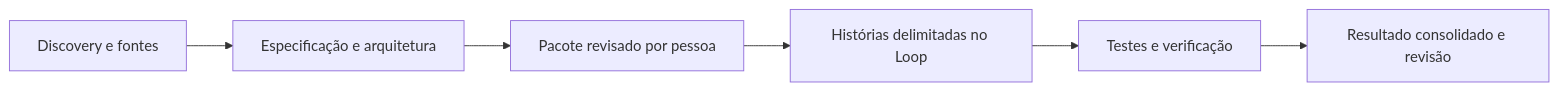
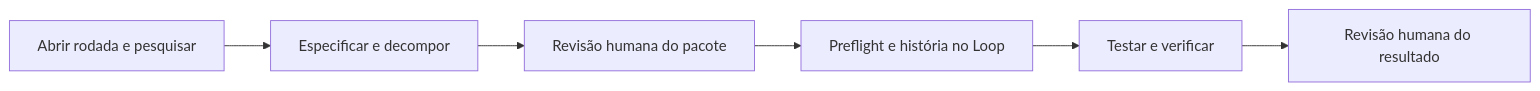
Before and after one commit to DavidFaustino/ssdlc-baseimage-hub: the diagram in docs/WORKFLOWS.md, drawn with Mermaid. The commit also changed other lines of this file and 6 other files, not shown here.

Commit message:
docs: align architecture results and workflows with evidence

````diff
--- a/docs/WORKFLOWS.md
+++ b/docs/WORKFLOWS.md
@@ -7,8 +7,8 @@
 ```mermaid
 flowchart LR
-  D[Discovery e fontes] --> S[Especificação e arquitetura]
-  S --> G[Pacote revisado por pessoa]
-  G --> I[Histórias delimitadas no Loop]
-  I --> V[Testes e verificação]
-  V --> R[Resultado consolidado e revisão]
+  D["Abrir rodada e pesquisar"] --> S["Especificar e decompor"]
+  S --> G0["Revisão humana do pacote"]
+  G0 --> P["Preflight e história no Loop"]
+  P --> V["Testar e verificar"]
+  V --> G1["Revisão humana do resultado"]
 ```
````
